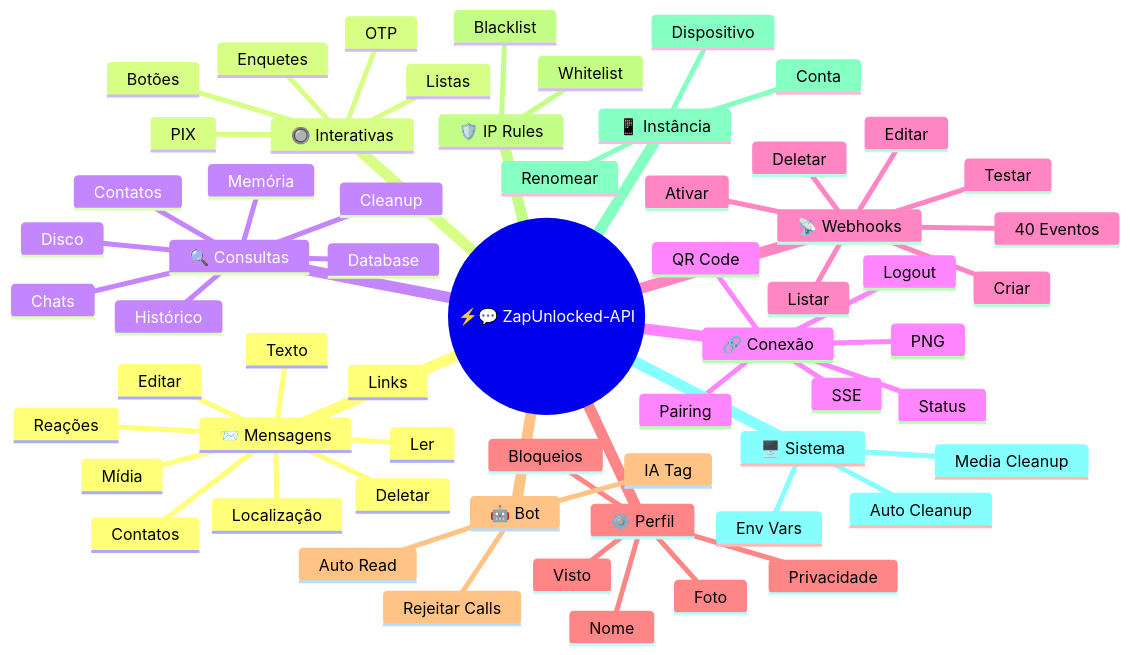
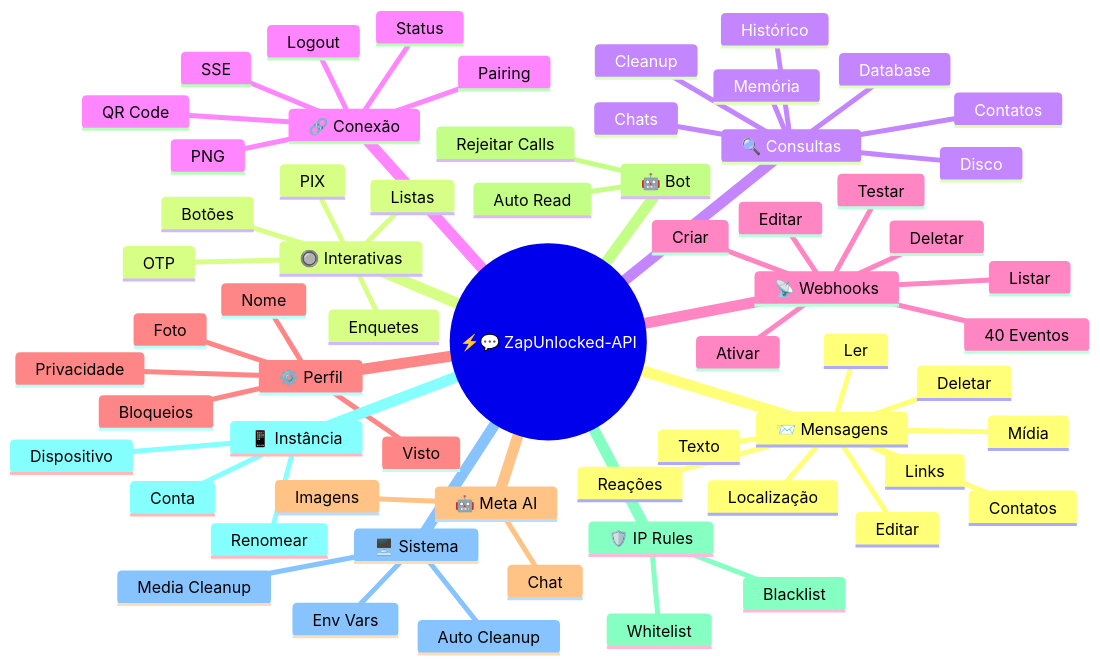
One commit to kauafpssx/ZapUnlocked-API changed the first of 2 diagrams in README.md. Above: the diagram before and after it, drawn with Mermaid. The commit also changed other lines of this file, not shown here.

````diff
--- a/README.md
+++ b/README.md
@@ -57,73 +55,75 @@
 ```mermaid
 mindmap
   root((⚡💬 ZapUnlocked-API))
     📨 Mensagens
       Texto
       Mídia
       Reações
       Localização
       Contatos
       Links
       Editar
       Deletar
       Ler
 
     🔘 Interativas
       Botões
       Listas
       OTP
       PIX
       Enquetes
 
     🔍 Consultas
       Contatos
       Histórico
       Chats
       Memória
       Disco
       Database
       Cleanup
 
     🔗 Conexão
       Status
       SSE
       QR Code
       PNG
       Pairing
       Logout
 
     📡 Webhooks
       Criar
       Listar
       Editar
       Deletar
       Ativar
       Testar
       40 Eventos
 
     ⚙️ Perfil
       Nome
       Foto
       Privacidade
       Visto
       Bloqueios
 
+    🤖 Meta AI
+      Chat
+      Imagens
     🤖 Bot
-      IA Tag
       Auto Read
       Rejeitar Calls
 
     🛡️ IP Rules
       Whitelist
       Blacklist
 
     📱 Instância
       Conta
       Dispositivo
       Renomear
 
     🖥️ Sistema
       Env Vars
       Media Cleanup
       Auto Cleanup
 ```
````
